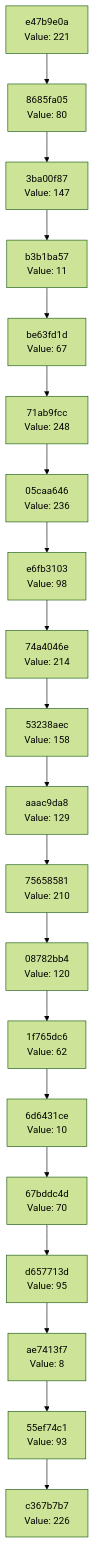
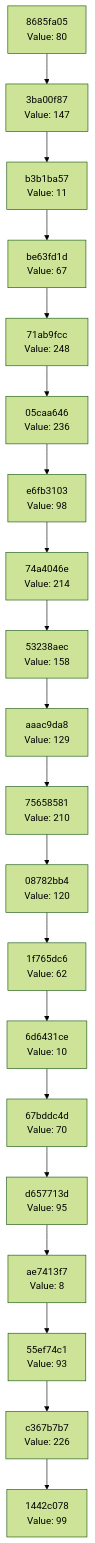
Before and after one commit to Abhisheksinha1506/hash-chain-evolver: the diagram in docs/CHAIN_VISUALIZATION.md, drawn with Mermaid (forest theme). The commit also changed 2 other files, not shown here.

Commit message:
Evolution Step

````diff
--- a/docs/CHAIN_VISUALIZATION.md
+++ b/docs/CHAIN_VISUALIZATION.md
@@ -3,42 +3,42 @@
 ```mermaid
 graph TD
-    C0["c367b7b7<br/>Value: 226"]
-    C1["55ef74c1<br/>Value: 93"]
+    C0["1442c078<br/>Value: 99"]
+    C1["c367b7b7<br/>Value: 226"]
     C1 --> C0
-    C2["ae7413f7<br/>Value: 8"]
+    C2["55ef74c1<br/>Value: 93"]
     C2 --> C1
-    C3["d657713d<br/>Value: 95"]
+    C3["ae7413f7<br/>Value: 8"]
     C3 --> C2
-    C4["67bddc4d<br/>Value: 70"]
+    C4["d657713d<br/>Value: 95"]
     C4 --> C3
-    C5["6d6431ce<br/>Value: 10"]
+    C5["67bddc4d<br/>Value: 70"]
     C5 --> C4
-    C6["1f765dc6<br/>Value: 62"]
+    C6["6d6431ce<br/>Value: 10"]
     C6 --> C5
-    C7["08782bb4<br/>Value: 120"]
+    C7["1f765dc6<br/>Value: 62"]
     C7 --> C6
-    C8["75658581<br/>Value: 210"]
+    C8["08782bb4<br/>Value: 120"]
     C8 --> C7
-    C9["aaac9da8<br/>Value: 129"]
+    C9["75658581<br/>Value: 210"]
     C9 --> C8
-    C10["53238aec<br/>Value: 158"]
+    C10["aaac9da8<br/>Value: 129"]
     C10 --> C9
-    C11["74a4046e<br/>Value: 214"]
+    C11["53238aec<br/>Value: 158"]
     C11 --> C10
-    C12["e6fb3103<br/>Value: 98"]
+    C12["74a4046e<br/>Value: 214"]
     C12 --> C11
-    C13["05caa646<br/>Value: 236"]
+    C13["e6fb3103<br/>Value: 98"]
     C13 --> C12
-    C14["71ab9fcc<br/>Value: 248"]
+    C14["05caa646<br/>Value: 236"]
     C14 --> C13
-    C15["be63fd1d<br/>Value: 67"]
+    C15["71ab9fcc<br/>Value: 248"]
     C15 --> C14
-    C16["b3b1ba57<br/>Value: 11"]
+    C16["be63fd1d<br/>Value: 67"]
     C16 --> C15
-    C17["3ba00f87<br/>Value: 147"]
+    C17["b3b1ba57<br/>Value: 11"]
     C17 --> C16
-    C18["8685fa05<br/>Value: 80"]
+    C18["3ba00f87<br/>Value: 147"]
     C18 --> C17
-    C19["e47b9e0a<br/>Value: 221"]
+    C19["8685fa05<br/>Value: 80"]
     C19 --> C18
 ```
````
